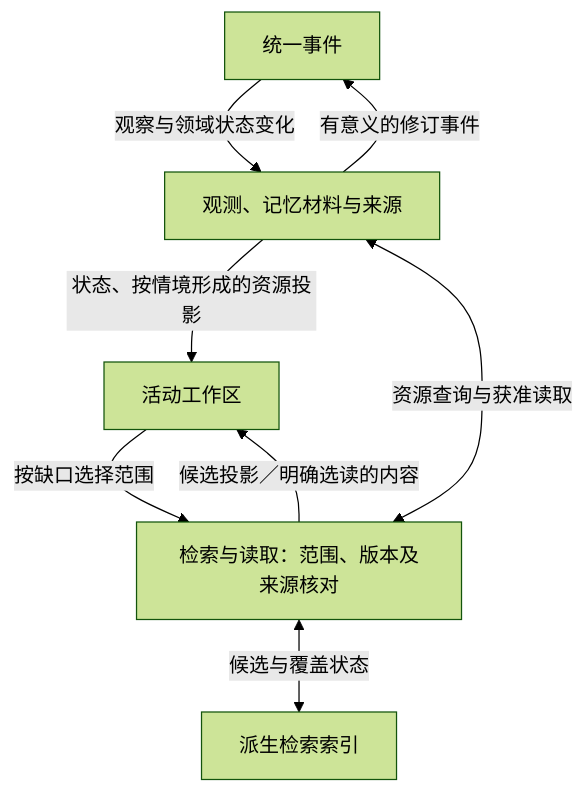
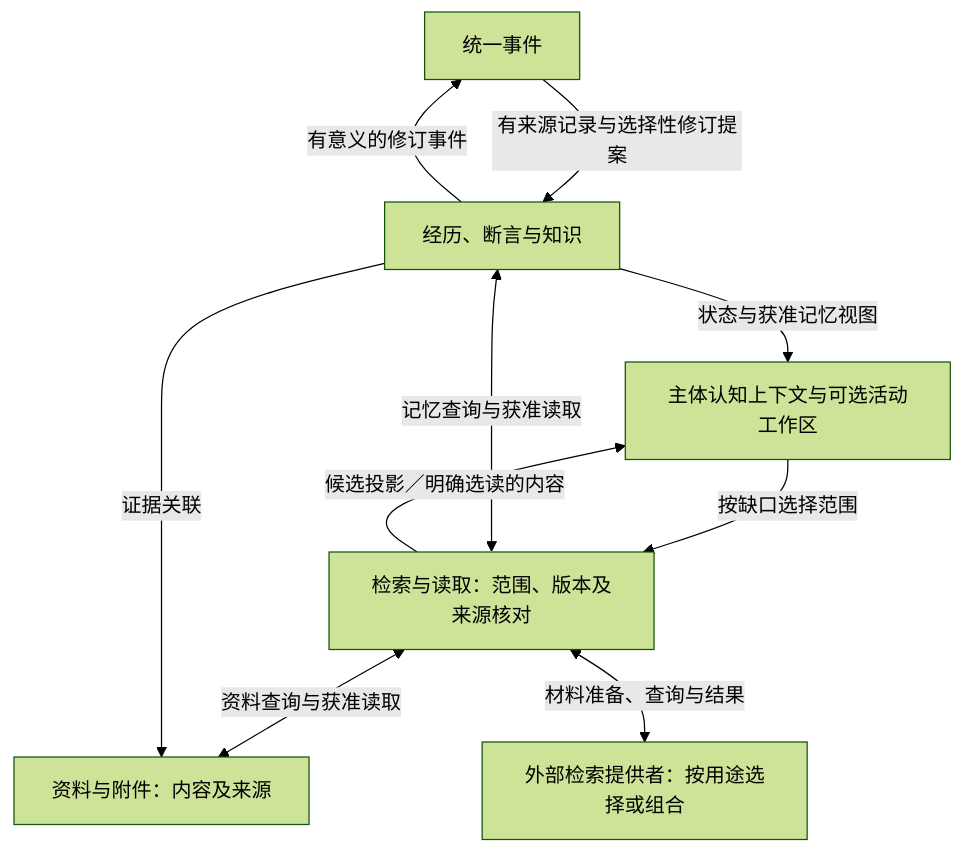
Before and after one commit to d7z-project/TinyAGI: the fourth of 13 diagrams in DESIGN.md, drawn with Mermaid (forest theme). The commit also changed other lines of this file and 30 other files, not shown here.

````diff
--- a/DESIGN.md
+++ b/DESIGN.md
@@ -158,10 +170,12 @@
 ```mermaid
 flowchart TB
-    Events["统一事件"] -->|"观察与领域状态变化"| Knowledge["观测、记忆材料与来源"]
-    Knowledge -->|"状态、按情境形成的资源投影"| Work["活动工作区"]
+    Events["统一事件"] -->|"有来源记录与选择性修订提案"| Knowledge["经历、断言与知识"]
+    Knowledge -->|"状态与获准记忆视图"| Work["主体认知上下文与可选活动工作区"]
     Work -->|"按缺口选择范围"| Retrieval["检索与读取：范围、版本及来源核对"]
-    Retrieval <-->|"资源查询与获准读取"| Knowledge
-    Retrieval <-->|"候选与覆盖状态"| Index["派生检索索引"]
+    Retrieval <-->|"记忆查询与获准读取"| Knowledge
+    Retrieval <-->|"资料查询与获准读取"| Materials["资料与附件：内容及来源"]
+    Knowledge -->|"证据关联"| Materials
+    Retrieval <-->|"材料准备、查询与结果"| Providers["外部检索提供者：按用途选择或组合"]
     Retrieval -->|"候选投影／明确选读的内容"| Work
     Knowledge -->|"有意义的修订事件"| Events
 ```
````
